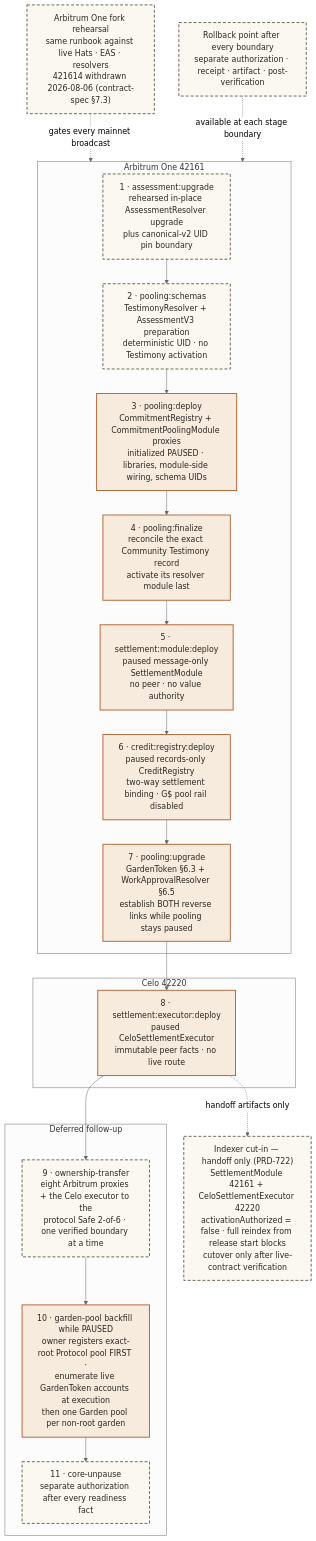
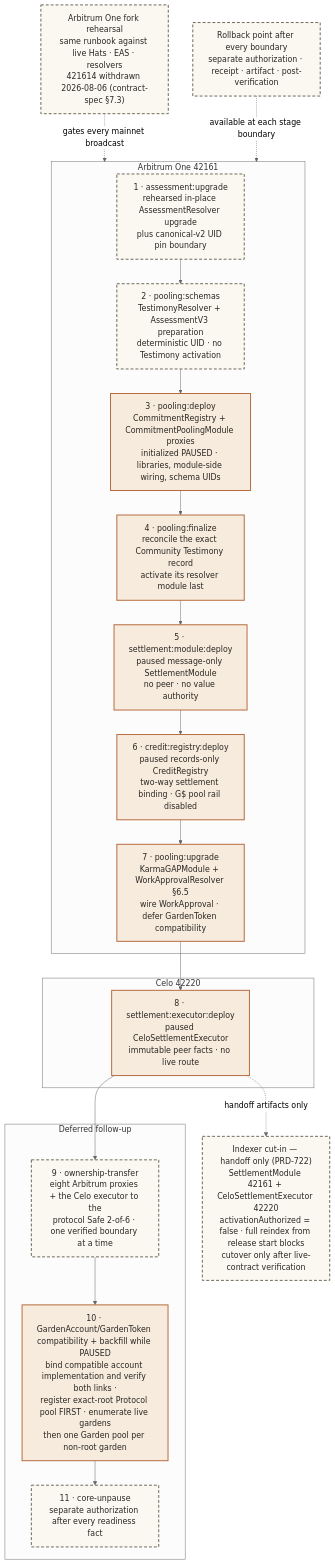
Diagram 38 of 44 in .plans/active/commitment-pooling/diagrams.md (greenpill-dev-guild/green-goods), drawn with Mermaid (neutral theme) before and after one commit. The commit also changed other lines of this file and 14 other files, not shown here.

Commit message:
fix(contracts): defer incompatible GardenToken release

````diff
--- a/.plans/active/commitment-pooling/diagrams.md
+++ b/.plans/active/commitment-pooling/diagrams.md
@@ -2317,40 +2317,40 @@
 ```mermaid
 flowchart TB
   subgraph ARB1["Arbitrum One 42161"]
     S1["1 · assessment:upgrade<br/>rehearsed in-place AssessmentResolver upgrade<br/>plus canonical-v2 UID pin boundary"]
     S2["2 · pooling:schemas<br/>TestimonyResolver + AssessmentV3 preparation<br/>deterministic UID · no Testimony activation"]
     S3["3 · pooling:deploy<br/>CommitmentRegistry + CommitmentPoolingModule proxies<br/>initialized PAUSED · libraries, module-side wiring, schema UIDs"]
     S4["4 · pooling:finalize<br/>reconcile the exact Community Testimony record<br/>activate its resolver module last"]
     S5["5 · settlement:module:deploy<br/>paused message-only SettlementModule<br/>no peer · no value authority"]
     S6["6 · credit:registry:deploy<br/>paused records-only CreditRegistry<br/>two-way settlement binding · G$ pool rail disabled"]
-    S7["7 · pooling:upgrade<br/>GardenToken §6.3 + WorkApprovalResolver §6.5<br/>establish BOTH reverse links while pooling stays paused"]
+    S7["7 · pooling:upgrade<br/>KarmaGAPModule + WorkApprovalResolver §6.5<br/>wire WorkApproval · defer GardenToken compatibility"]
     S1 --> S2 --> S3 --> S4 --> S5 --> S6 --> S7
   end
 
   subgraph CELO1["Celo 42220"]
     S8["8 · settlement:executor:deploy<br/>paused CeloSettlementExecutor<br/>immutable peer facts · no live route"]
   end
 
   subgraph FOLLOW["Deferred follow-up"]
     S9["9 · ownership-transfer<br/>eight Arbitrum proxies + the Celo executor to the<br/>protocol Safe 2-of-6 · one verified boundary at a time"]
-    S10["10 · garden-pool backfill while PAUSED<br/>owner registers exact-root Protocol pool FIRST ·<br/>enumerate live GardenToken accounts at execution<br/>then one Garden pool per non-root garden"]
+    S10["10 · GardenAccount/GardenToken compatibility + backfill while PAUSED<br/>bind compatible account implementation and verify both links ·<br/>register exact-root Protocol pool FIRST · enumerate live gardens<br/>then one Garden pool per non-root garden"]
     S11["11 · core-unpause<br/>separate authorization after every readiness fact"]
     S9 --> S10 --> S11
   end
 
   IDX["Indexer cut-in — handoff only (PRD-722)<br/>SettlementModule 42161 + CeloSettlementExecutor 42220<br/>activationAuthorized = false · full reindex from release start blocks<br/>cutover only after live-contract verification"]
 
   REHEARSE["Arbitrum One fork rehearsal<br/>same runbook against live Hats · EAS · resolvers<br/>421614 withdrawn 2026-08-06 (contract-spec §7.3)"]
   ROLLBACK["Rollback point after every boundary<br/>separate authorization · receipt · artifact · post-verification"]
 
   S7 --> S8
   S8 --> S9
   S8 -.->|"handoff artifacts only"| IDX
   REHEARSE -.->|"gates every mainnet broadcast"| ARB1
   ROLLBACK -.->|"available at each stage boundary"| ARB1
 
   classDef planned fill:#fbf8f2,stroke:#6e6857,stroke-width:2px,stroke-dasharray:6 4,color:#2a2722
   classDef paused fill:#f7ebdd,stroke:#b66a3c,stroke-width:2px,color:#2a2722
   class S1,S2,S9,S11,IDX,REHEARSE,ROLLBACK planned
   class S3,S4,S5,S6,S7,S8,S10 paused
 ```
````
